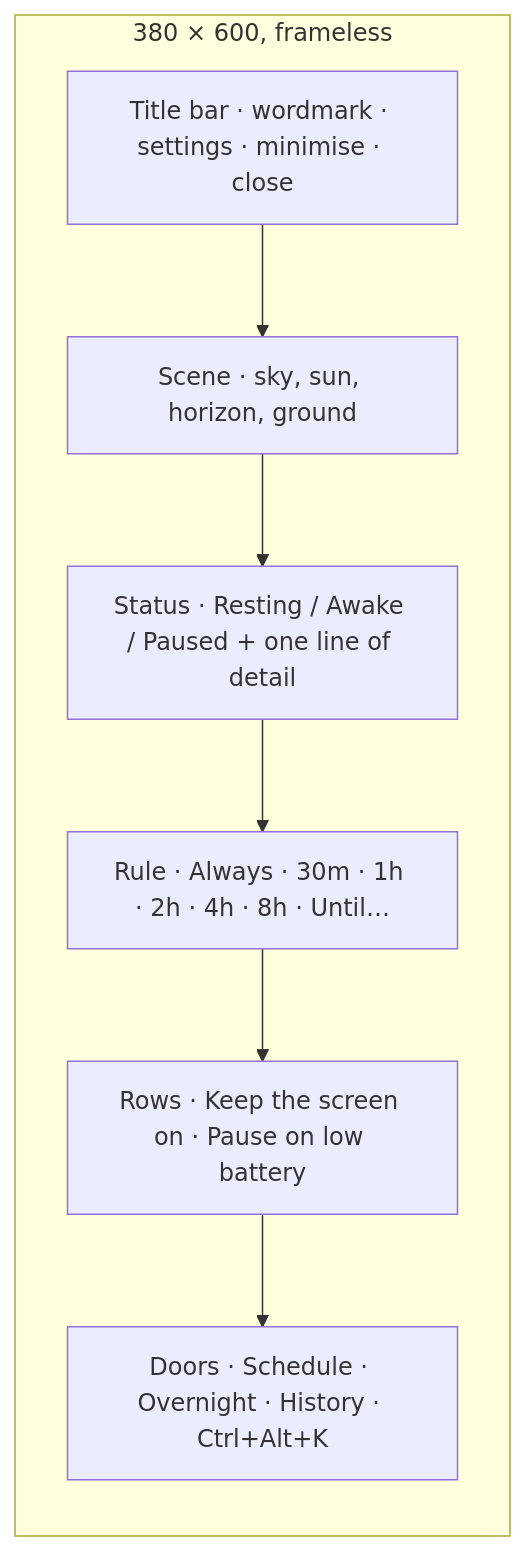
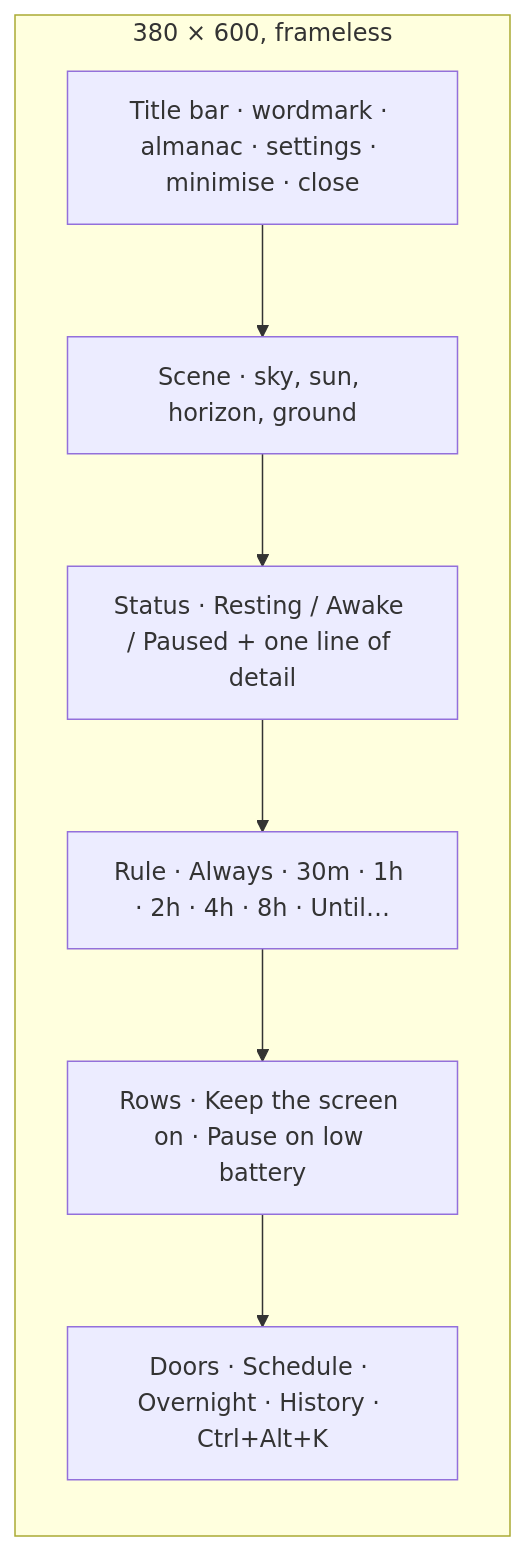
Before and after one commit to ax5hay/KeepMeAwake: the diagram in docs/guide.md, drawn with Mermaid. The commit also changed other lines of this file and 14 other files, not shown here.

First line of the commit message:
docs: the almanac in the guide, architecture and changelog

````diff
--- a/docs/guide.md
+++ b/docs/guide.md
@@ -7,13 +7,13 @@
 ```mermaid
 flowchart TB
     subgraph Window["380 × 600, frameless"]
         direction TB
-        T["Title bar · wordmark · settings · minimise · close"]
+        T["Title bar · wordmark · almanac · settings · minimise · close"]
         S["Scene · sky, sun, horizon, ground"]
         ST["Status · Resting / Awake / Paused + one line of detail"]
         R["Rule · Always · 30m · 1h · 2h · 4h · 8h · Until…"]
         RW["Rows · Keep the screen on · Pause on low battery"]
         D["Doors · Schedule · Overnight · History · Ctrl+Alt+K"]
     end
     T --> S --> ST --> R --> RW --> D
 ```
````
